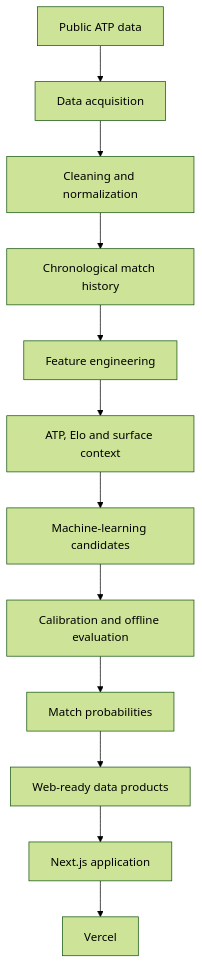
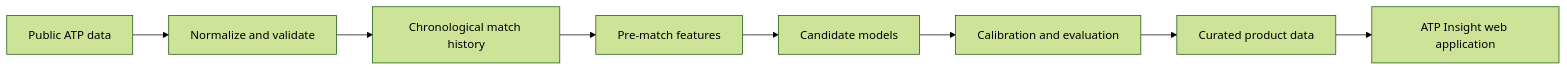
Before and after one commit to jandrogv/tennis-atp-predictor: the diagram in README.md, drawn with Mermaid (forest theme). The commit also changed other lines of this file and 1 other file, not shown here.

````diff
--- a/README.md
+++ b/README.md
@@ -50,14 +62,10 @@
-```mermaid
-flowchart TD
-    A["Public ATP data"] --> B["Data acquisition"]
-    B --> C["Cleaning and normalization"]
-    C --> D["Chronological match history"]
-    D --> E["Feature engineering"]
-    E --> F["ATP, Elo and surface context"]
-    F --> G["Machine-learning candidates"]
-    G --> H["Calibration and offline evaluation"]
-    H --> I["Match probabilities"]
-    I --> J["Web-ready data products"]
-    J --> K["Next.js application"]
-    K --> L["Vercel"]
-```
+~~~mermaid
+flowchart LR
+    A["Public ATP data"] --> B["Normalize and validate"]
+    B --> C["Chronological match history"]
+    C --> D["Pre-match features"]
+    D --> E["Candidate models"]
+    E --> F["Calibration and evaluation"]
+    F --> G["Curated product data"]
+    G --> H["ATP Insight web application"]
+~~~
````
